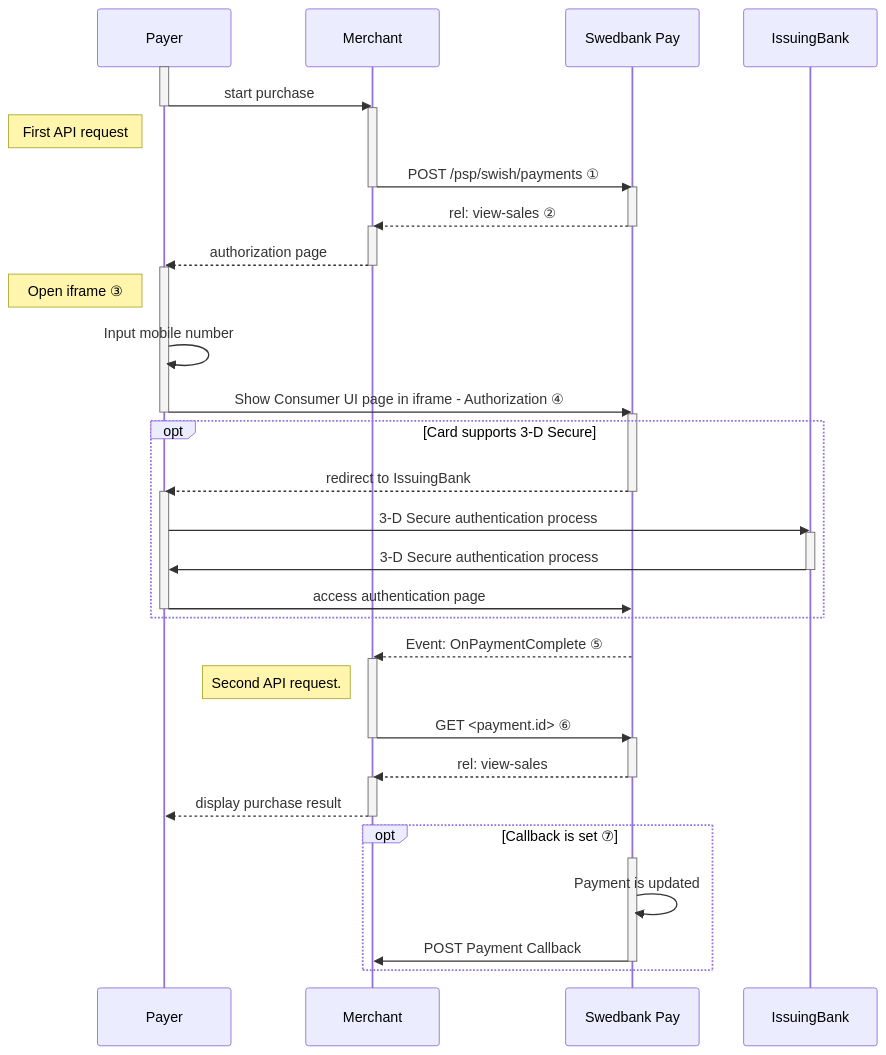
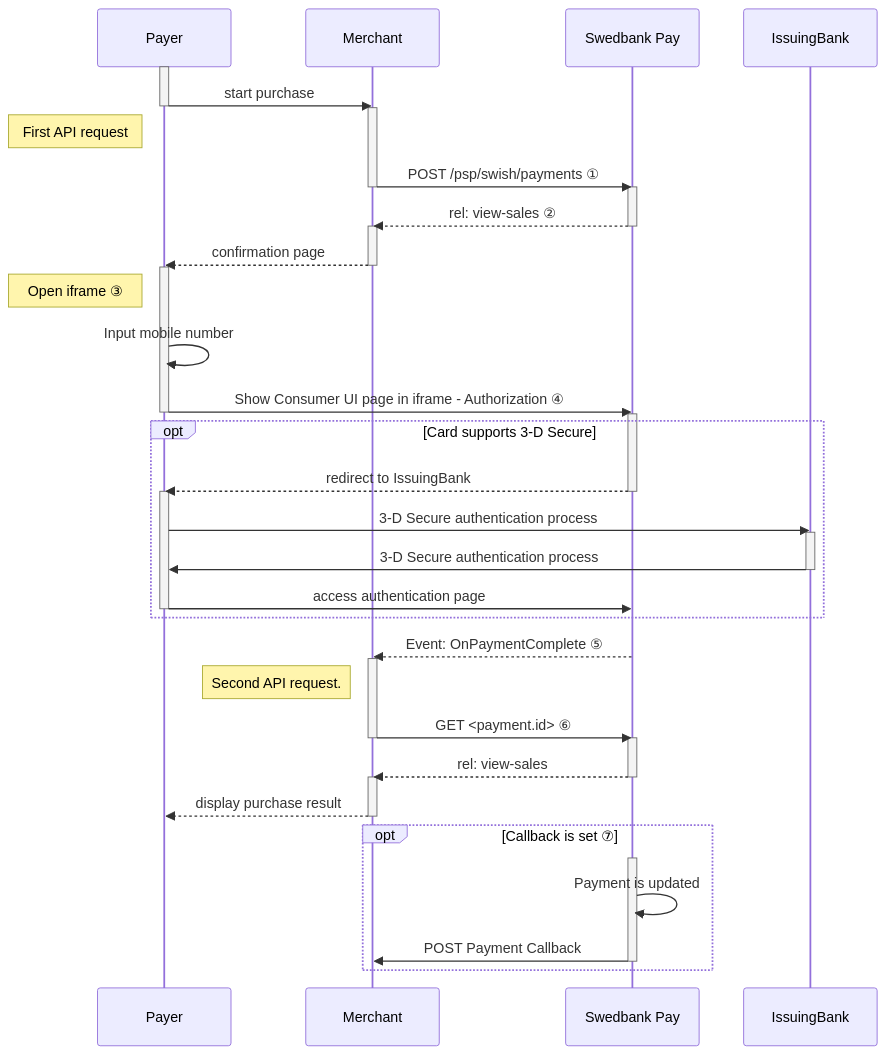
One commit to SwedbankPay/developer.swedbankpay.com changed the diagram in payments/swish/seamless-view.md. Above: the diagram before and after it, drawn with Mermaid. The commit also changed other lines of this file and 4 other files, not shown here.

````diff
--- a/payments/swish/seamless-view.md
+++ b/payments/swish/seamless-view.md
@@ -39,44 +39,44 @@
 ```mermaid
 sequenceDiagram
     participant Payer
     participant Merchant
     participant SwedbankPay as Swedbank Pay
 
     activate Payer
     Payer->>-Merchant: start purchase
     activate Merchant
     note left of Payer: First API request
     Merchant->>-SwedbankPay: POST /psp/swish/payments ①
     activate SwedbankPay
     SwedbankPay-->>-Merchant: rel: view-sales ②
     activate Merchant
-    Merchant-->>-Payer: authorization page
+    Merchant-->>-Payer: confirmation page
     activate Payer
     note left of Payer: Open iframe ③
     Payer->>Payer: Input mobile number
     Payer->>-SwedbankPay: Show Consumer UI page in iframe - Authorization ④
     activate SwedbankPay
         opt Card supports 3-D Secure
         SwedbankPay-->>-Payer: redirect to IssuingBank
         activate Payer
         Payer->>IssuingBank: 3-D Secure authentication process
         activate IssuingBank
         IssuingBank->>-Payer: 3-D Secure authentication process
         Payer->>-SwedbankPay: access authentication page
         end
     SwedbankPay-->>Merchant: Event: OnPaymentComplete ⑤
     activate Merchant
     note left of Merchant: Second API request.
     Merchant->>-SwedbankPay: GET <payment.id> ⑥
     activate SwedbankPay
     SwedbankPay-->>-Merchant: rel: view-sales
     activate Merchant
     Merchant-->>-Payer: display purchase result
     activate Payer
 
         opt Callback is set ⑦
         activate SwedbankPay
         SwedbankPay->>SwedbankPay: Payment is updated
         SwedbankPay->>-Merchant: POST Payment Callback
         end
 ```
````
